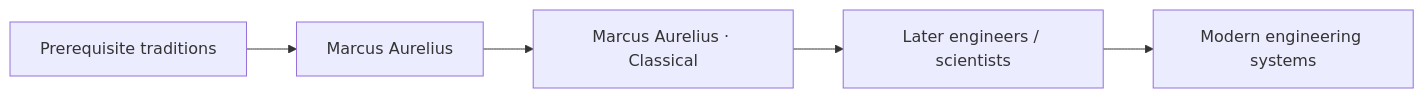
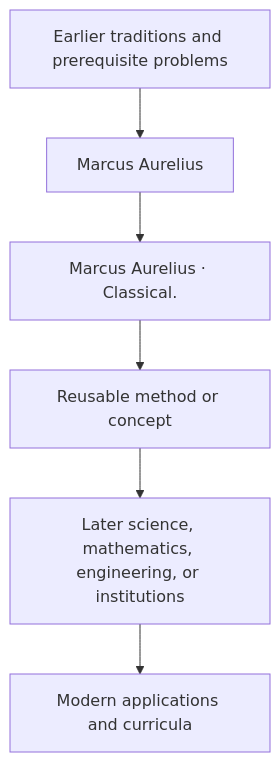
Before and after one commit to via-decide/ViaLogic: the diagram in docs/history/marcus-aurelius/influence.md, drawn with Mermaid. The commit also changed other lines of this file and 858 other files, not shown here.

````diff
--- a/docs/history/marcus-aurelius/influence.md
+++ b/docs/history/marcus-aurelius/influence.md
@@ -29,7 +16,8 @@
 ```mermaid
-graph LR
-  prerequisites["Prerequisite traditions"] --> current["Marcus Aurelius"]
-  current --> contribution["Marcus Aurelius · Classical"]
-  contribution --> successors["Later engineers / scientists"]
-  successors --> modern["Modern engineering systems"]
+graph TD
+  Prior[Earlier traditions and prerequisite problems] --> Person[Marcus Aurelius]
+  Person --> Contribution[Marcus Aurelius · Classical.]
+  Contribution --> Method[Reusable method or concept]
+  Method --> Later[Later science, mathematics, engineering, or institutions]
+  Later --> Modern[Modern applications and curricula]
 ```
````
